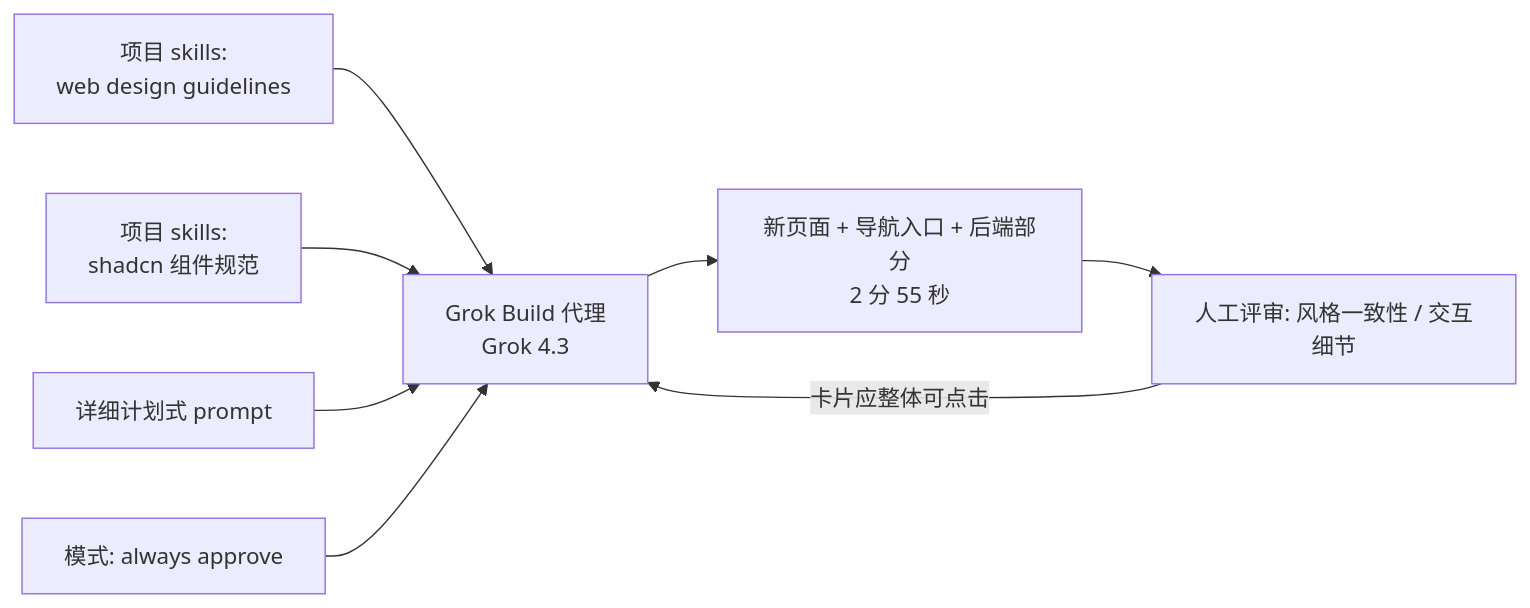
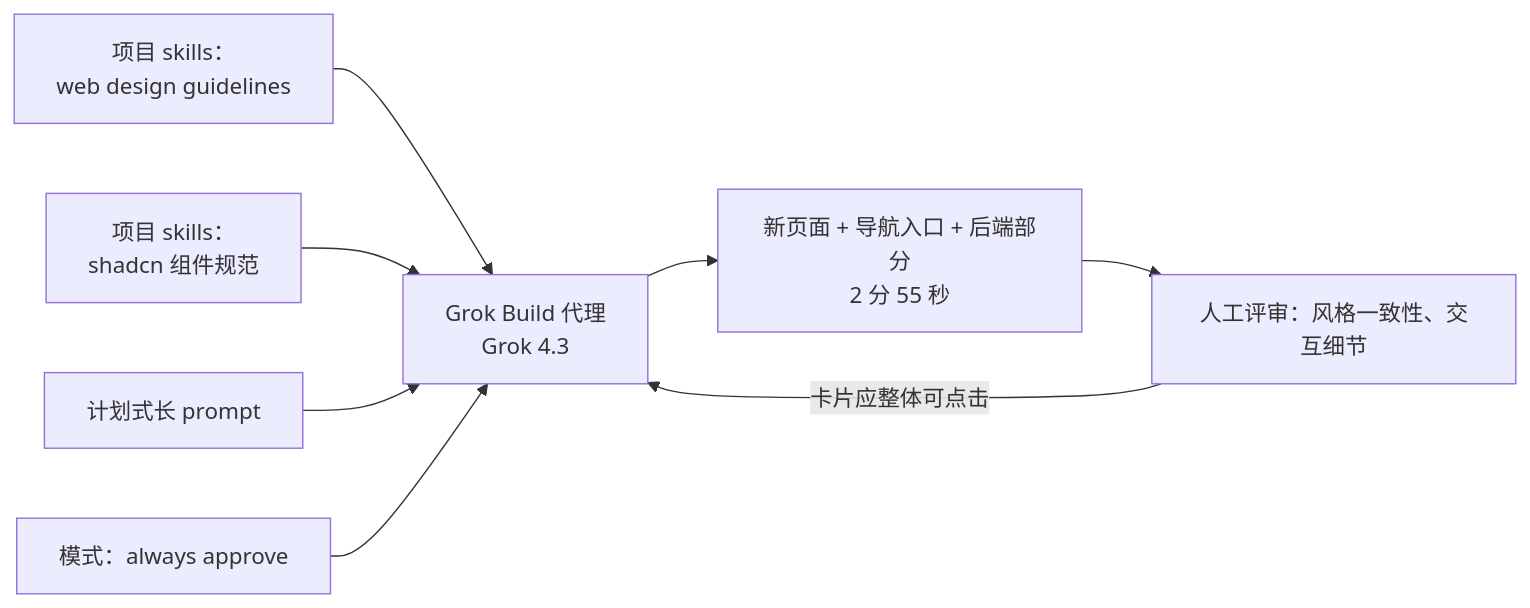
Before and after one commit to yzw7489757/ai-coding-videos: the diagram in docs/14-orcdev-grok-build-skills.md, drawn with Mermaid. The commit also changed other lines of this file and 7 other files, not shown here.

````diff
--- a/docs/14-orcdev-grok-build-skills.md
+++ b/docs/14-orcdev-grok-build-skills.md
@@ -94,10 +54,10 @@
 ```mermaid
 graph LR
-    S1[项目 skills:<br/>web design guidelines] --> G[Grok Build 代理<br/>Grok 4.3]
-    S2[项目 skills:<br/>shadcn 组件规范] --> G
-    P[详细计划式 prompt] --> G
-    M[模式: always approve] --> G
-    G --> O[新页面 + 导航入口 + 后端部分<br/>2 分 55 秒]
-    O --> R[人工评审: 风格一致性 / 交互细节]
-    R -->|卡片应整体可点击| G
+    S1["项目 skills：<br/>web design guidelines"] --> G["Grok Build 代理<br/>Grok 4.3"]
+    S2["项目 skills：<br/>shadcn 组件规范"] --> G
+    P["计划式长 prompt"] --> G
+    M["模式：always approve"] --> G
+    G --> O["新页面 + 导航入口 + 后端部分<br/>2 分 55 秒"]
+    O --> R["人工评审：风格一致性、交互细节"]
+    R -->|"卡片应整体可点击"| G
 ```
````
